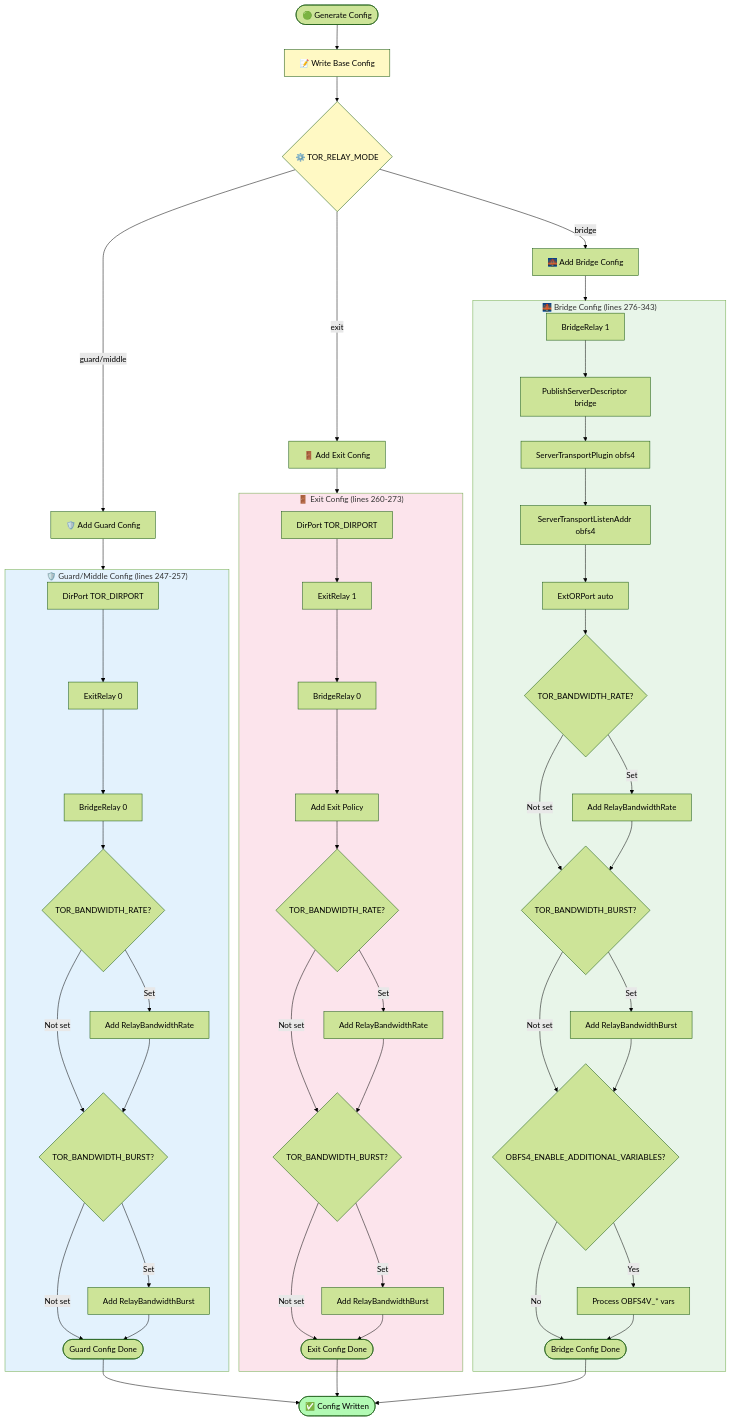
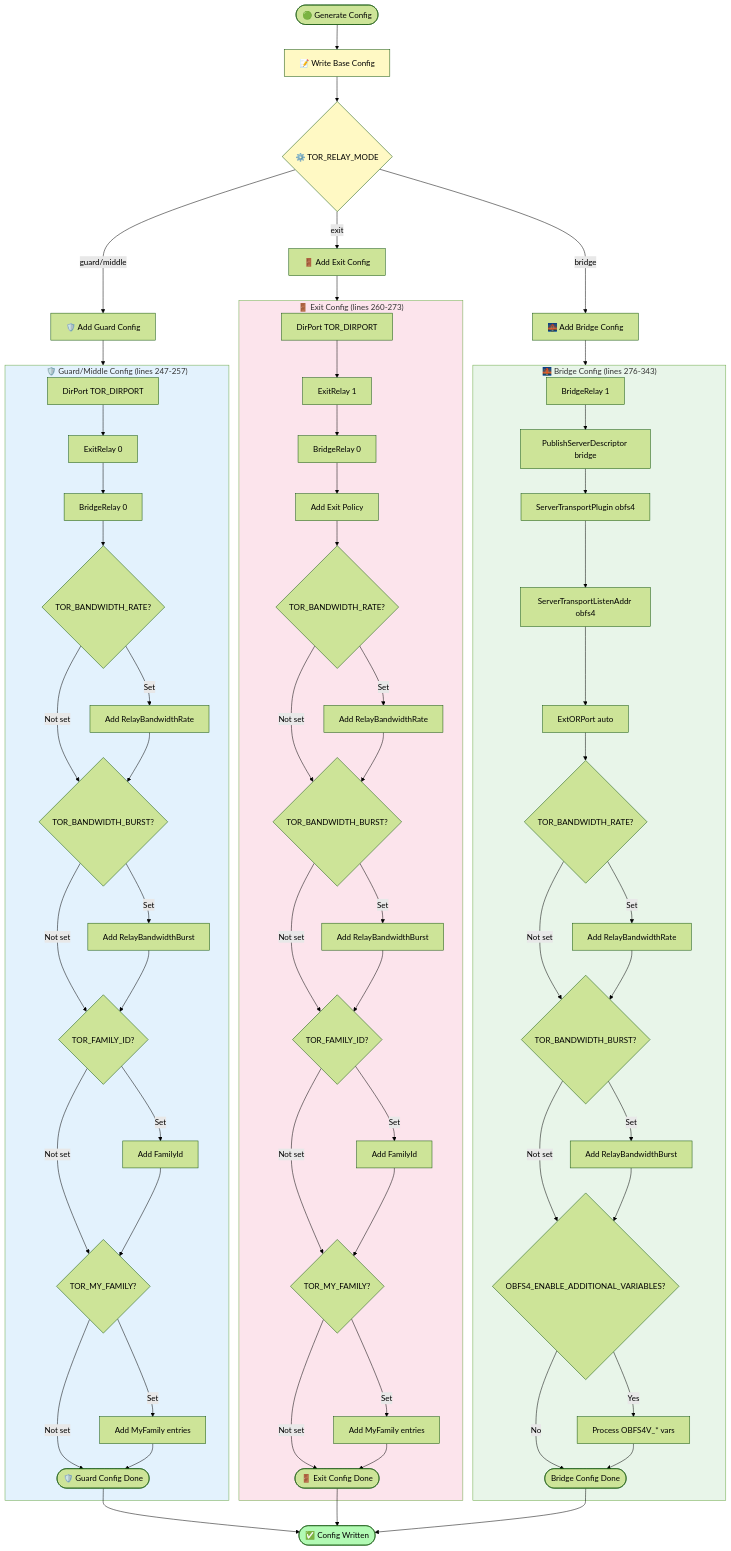
Before and after one commit to r3bo0tbx1/tor-guard-relay: the sixth of 13 diagrams in docs/ARCHITECTURE.md, drawn with Mermaid (forest theme). The commit also changed other lines of this file and 38 other files, not shown here.

First line of the commit message:
✨ feat(v1.1.7): Happy Family support (Tor 0.4.9+ FamilyId)

````diff
--- a/docs/ARCHITECTURE.md
+++ b/docs/ARCHITECTURE.md
@@ -336,67 +339,79 @@
 ```mermaid
 flowchart TD
     Start([🟢 Generate Config]) --> Base[📝 Write Base Config]
 
     Base --> Mode{⚙️ TOR_RELAY_MODE}
 
     Mode -->|guard/middle| Guard[🛡️ Add Guard Config]
     Mode -->|exit| Exit[🚪 Add Exit Config]
     Mode -->|bridge| Bridge[🌉 Add Bridge Config]
 
     subgraph GuardConfig["🛡️ Guard/Middle Config (lines 247-257)"]
         G1[DirPort TOR_DIRPORT] --> G2[ExitRelay 0]
         G2 --> G3[BridgeRelay 0]
         G3 --> G4{TOR_BANDWIDTH_RATE?}
         G4 -->|Set| G5[Add RelayBandwidthRate]
         G4 -->|Not set| G6
         G5 --> G6{TOR_BANDWIDTH_BURST?}
         G6 -->|Set| G7[Add RelayBandwidthBurst]
-        G6 -->|Not set| GuardDone
-        G7 --> GuardDone([Guard Config Done])
+        G6 -->|Not set| G8
+        G7 --> G8{TOR_FAMILY_ID?}
+        G8 -->|Set| G9[Add FamilyId]
+        G8 -->|Not set| G10
+        G9 --> G10{TOR_MY_FAMILY?}
+        G10 -->|Set| G11[Add MyFamily entries]
+        G10 -->|Not set| GuardDone
+        G11 --> GuardDone([🛡️ Guard Config Done])
     end
 
     subgraph ExitConfig["🚪 Exit Config (lines 260-273)"]
         E1[DirPort TOR_DIRPORT] --> E2[ExitRelay 1]
         E2 --> E3[BridgeRelay 0]
         E3 --> E4[Add Exit Policy]
         E4 --> E5{TOR_BANDWIDTH_RATE?}
         E5 -->|Set| E6[Add RelayBandwidthRate]
         E5 -->|Not set| E7
         E6 --> E7{TOR_BANDWIDTH_BURST?}
         E7 -->|Set| E8[Add RelayBandwidthBurst]
-        E7 -->|Not set| ExitDone
-        E8 --> ExitDone([Exit Config Done])
+        E7 -->|Not set| E9
+        E8 --> E9{TOR_FAMILY_ID?}
+        E9 -->|Set| E10[Add FamilyId]
+        E9 -->|Not set| E11
+        E10 --> E11{TOR_MY_FAMILY?}
+        E11 -->|Set| E12[Add MyFamily entries]
+        E11 -->|Not set| ExitDone
+        E12 --> ExitDone([🚪 Exit Config Done])
     end
 
     subgraph BridgeConfig["🌉 Bridge Config (lines 276-343)"]
         B1[BridgeRelay 1] --> B2[PublishServerDescriptor bridge]
         B2 --> B3[ServerTransportPlugin obfs4]
         B3 --> B4[ServerTransportListenAddr obfs4]
         B4 --> B5[ExtORPort auto]
         B5 --> B6{TOR_BANDWIDTH_RATE?}
         B6 -->|Set| B7[Add RelayBandwidthRate]
         B6 -->|Not set| B8
         B7 --> B8{TOR_BANDWIDTH_BURST?}
         B8 -->|Set| B9[Add RelayBandwidthBurst]
         B8 -->|Not set| B10
         B9 --> B10{OBFS4_ENABLE_ADDITIONAL_VARIABLES?}
         B10 -->|Yes| OBFS4[Process OBFS4V_* vars]
         B10 -->|No| BridgeDone
         OBFS4 --> BridgeDone([Bridge Config Done])
     end
 
     Guard --> GuardConfig
     Exit --> ExitConfig
     Bridge --> BridgeConfig
 
     GuardDone --> Complete([✅ Config Written])
     ExitDone --> Complete
     BridgeDone --> Complete
 
     style Complete fill:#b2fab4
     style GuardConfig fill:#e3f2fd
     style ExitConfig fill:#fce4ec
     style BridgeConfig fill:#e8f5e9
     style Mode fill:#fff9c4
     style Base fill:#fff9c4
 ```
````
